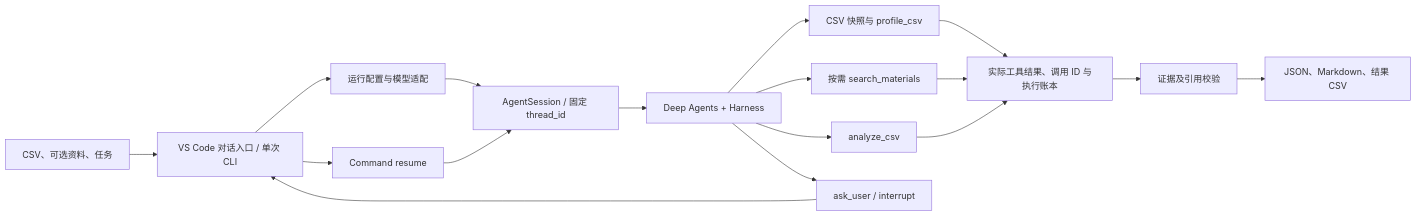
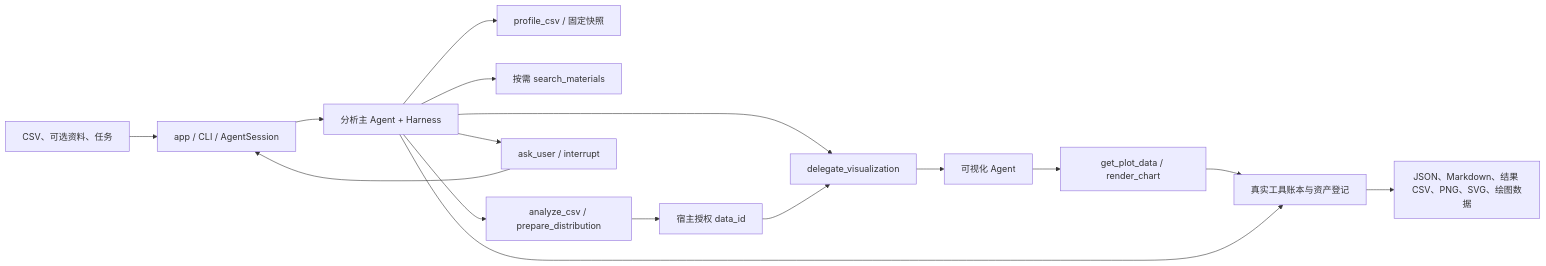
The diagram in docs/architecture.md (pypypaoying/LabWeaver), drawn with Mermaid before and after one commit. The commit also changed other lines of this file and 45 other files, not shown here.

````diff
--- a/docs/architecture.md
+++ b/docs/architecture.md
@@ -5,19 +5,18 @@
 ```mermaid
 flowchart LR
-    U["CSV、可选资料、任务"] --> UI["VS Code 对话入口 / 单次 CLI"]
-    UI --> RT["运行配置与模型适配"]
-    RT --> S["AgentSession / 固定 thread_id"]
-    S --> H["Deep Agents + Harness"]
-    H --> P["CSV 快照与 profile_csv"]
-    H --> R["按需 search_materials"]
-    H --> A["analyze_csv"]
-    H --> Q["ask_user / interrupt"]
-    Q --> UI
-    UI --> B["Command resume"]
-    B --> S
-    P --> E["实际工具结果、调用 ID 与执行账本"]
-    R --> E
+    U["CSV、可选资料、任务"] --> S["app / CLI / AgentSession"]
+    S --> A["分析主 Agent + Harness"]
+    A --> P["profile_csv / 固定快照"]
+    A --> R["按需 search_materials"]
+    A --> C["analyze_csv / prepare_distribution"]
+    A --> Q["ask_user / interrupt"]
+    Q --> S
+    C --> D["宿主授权 data_id"]
+    A --> V["delegate_visualization"]
+    D --> V
+    V --> B["可视化 Agent"]
+    B --> G["get_plot_data / render_chart"]
+    G --> E["真实工具账本与资产登记"]
     A --> E
-    E --> V["证据及引用校验"]
-    V --> O["JSON、Markdown、结果 CSV"]
+    E --> O["JSON、Markdown、结果 CSV、PNG、SVG、绘图数据"]
 ```
````
